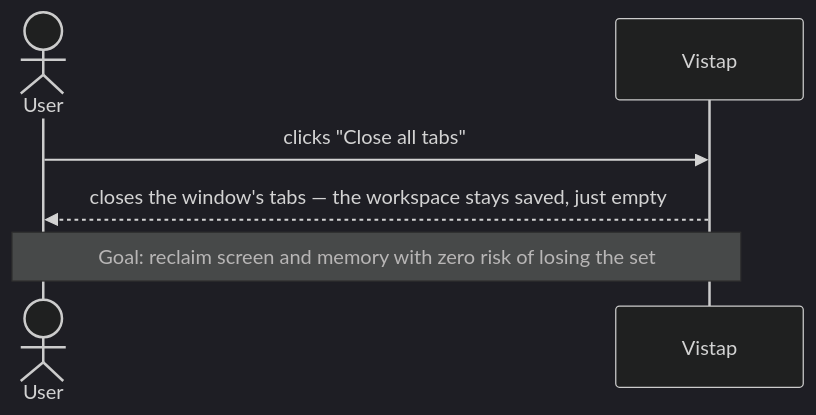
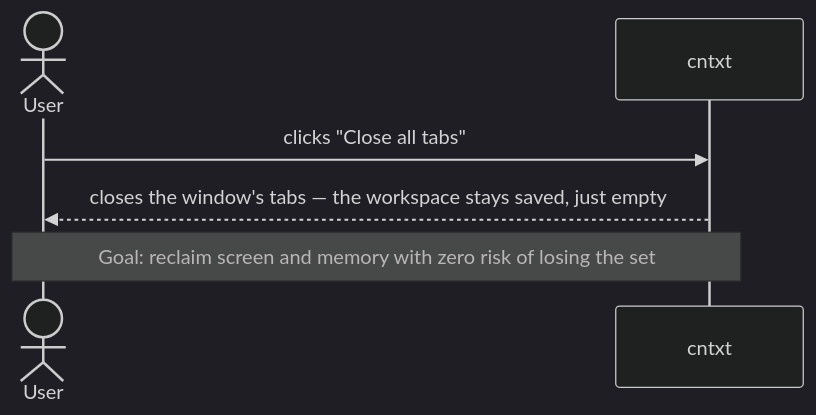
Before and after one commit to enyhma/cntxt: the eighth of 11 diagrams in docs/workflows.md, drawn with Mermaid (dark theme). The commit also changed other lines of this file and 16 other files, not shown here.

First line of the commit message:
chore: rename Vistap to cntxt

````diff
--- a/docs/workflows.md
+++ b/docs/workflows.md
@@ -195,9 +195,9 @@
 ```mermaid
 sequenceDiagram
     actor User
-    participant Vistap
+    participant cntxt
 
-    User->>Vistap: clicks "Close all tabs"
-    Vistap-->>User: closes the window's tabs — the workspace stays saved, just empty
-    Note over User,Vistap: Goal: reclaim screen and memory with zero risk of losing the set
+    User->>cntxt: clicks "Close all tabs"
+    cntxt-->>User: closes the window's tabs — the workspace stays saved, just empty
+    Note over User,cntxt: Goal: reclaim screen and memory with zero risk of losing the set
 ```
````
